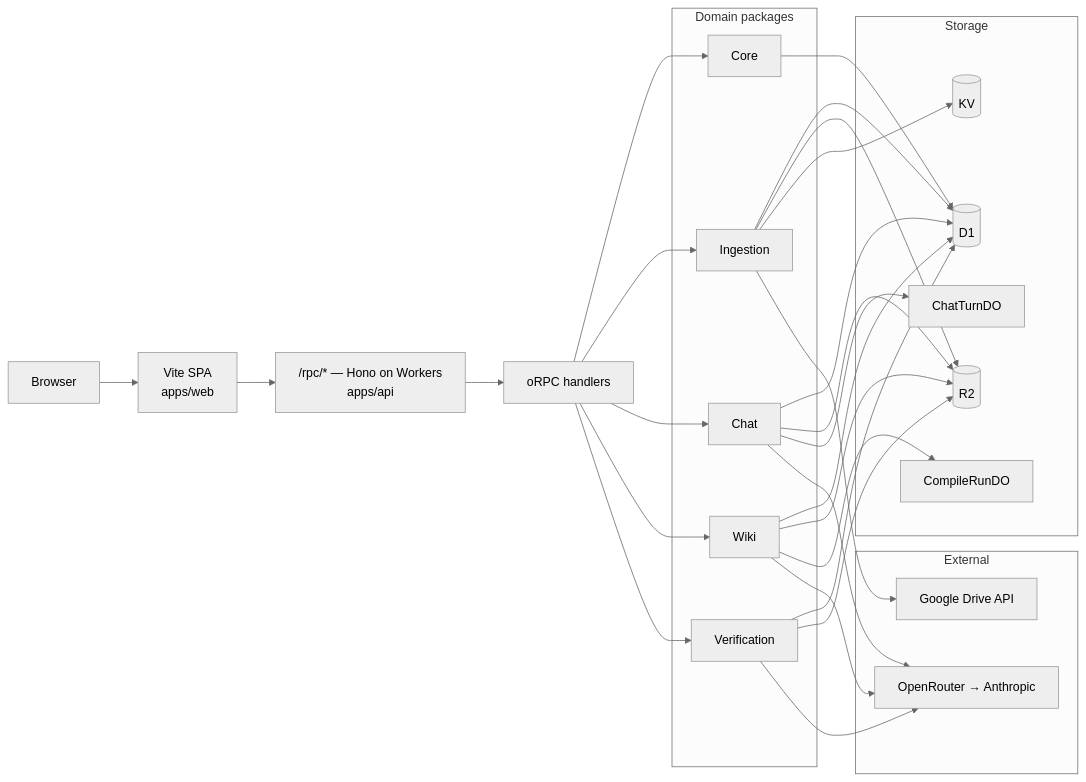
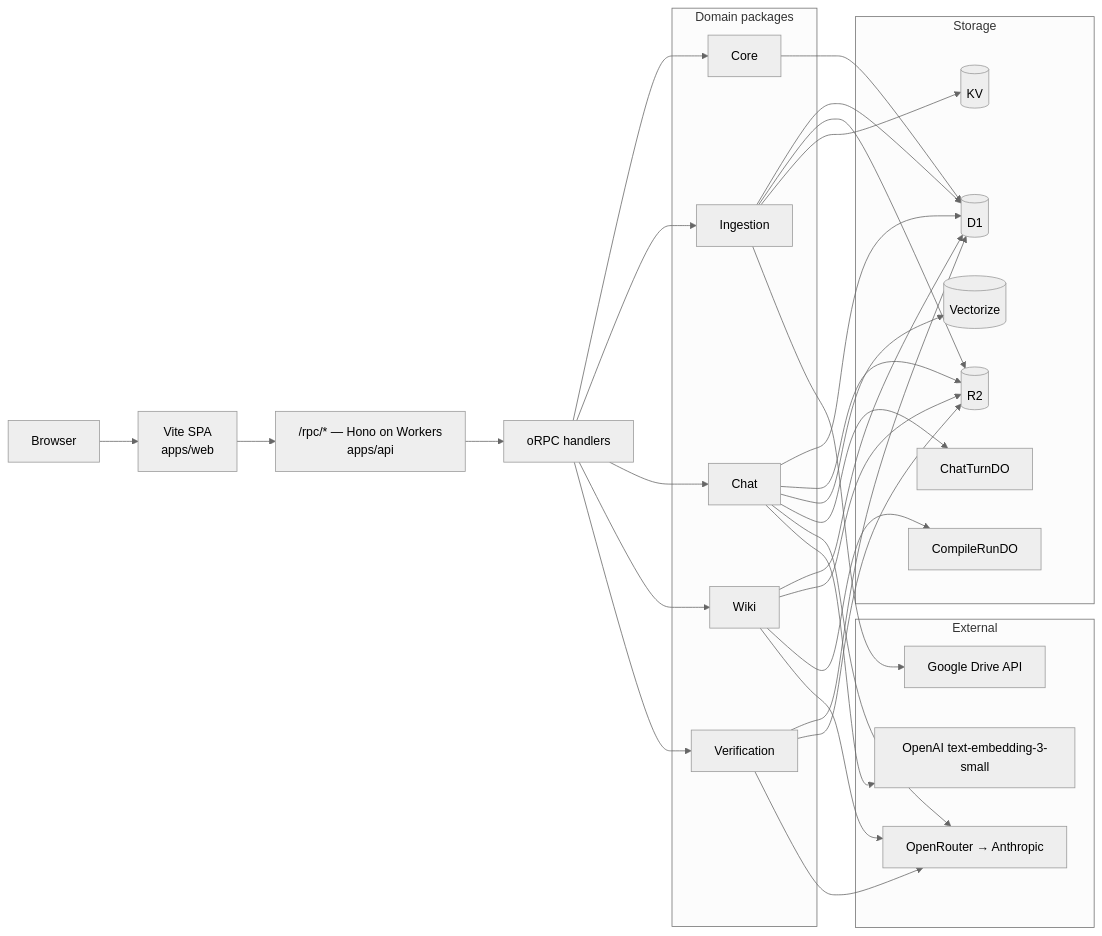
The diagram in README.md (tonestrike/knowledge-base-wiki), drawn with Mermaid (neutral theme) before and after one commit. The commit also changed other lines of this file, not shown here.

Commit message:
docs(readme): document Vectorize binding + OpenAI embedding env in setup + architecture
- Adds an inline note under `.dev.vars` covering the optional
  `OPENAI_EMBEDDING_API_KEY` + `VECTORIZE` binding pair, the
  fall-through guarantee, the `/__dev/reindex-sources` operator
  endpoint, and the auto-provisioning behavior of the deploy script.
- Adds Vectorize to the Storage subgraph and OpenAI text-embedding-3-small
  to External in the mermaid architecture diagram, with the new edge
  from Chat to both. Mirrors the actual flow the Vectorize fallback
  takes per request.

````diff
--- a/README.md
+++ b/README.md
@@ -70,54 +72,58 @@
 ```mermaid
 graph LR
   Browser[Browser]
   SPA[Vite SPA<br/>apps/web]
   Hono["/rpc/* — Hono on Workers<br/>apps/api"]
   Router[oRPC handlers]
 
   Browser --> SPA --> Hono --> Router
 
   subgraph Domains["Domain packages"]
     Core[Core]
     Ingestion[Ingestion]
     Chat[Chat]
     Wiki[Wiki]
     Verification[Verification]
   end
 
   Router --> Core
   Router --> Ingestion
   Router --> Chat
   Router --> Wiki
   Router --> Verification
 
   subgraph Storage["Storage"]
     D1[(D1)]
     R2[(R2)]
     KV[(KV)]
+    Vectorize[(Vectorize)]
     CompileRunDO[CompileRunDO]
     ChatTurnDO[ChatTurnDO]
   end
 
   Ingestion --> D1
   Ingestion --> R2
   Ingestion --> KV
   Wiki --> D1
   Wiki --> R2
   Wiki --> CompileRunDO
   Chat --> D1
   Chat --> R2
+  Chat --> Vectorize
   Chat --> ChatTurnDO
   Verification --> D1
   Verification --> R2
   Core --> D1
 
   subgraph External["External"]
     Drive["Google Drive API"]
     OpenRouter["OpenRouter → Anthropic"]
+    OpenAIEmb["OpenAI text-embedding-3-small"]
   end
 
   Ingestion --> Drive
   Wiki --> OpenRouter
   Chat --> OpenRouter
+  Chat --> OpenAIEmb
   Verification --> OpenRouter
 ```
````
